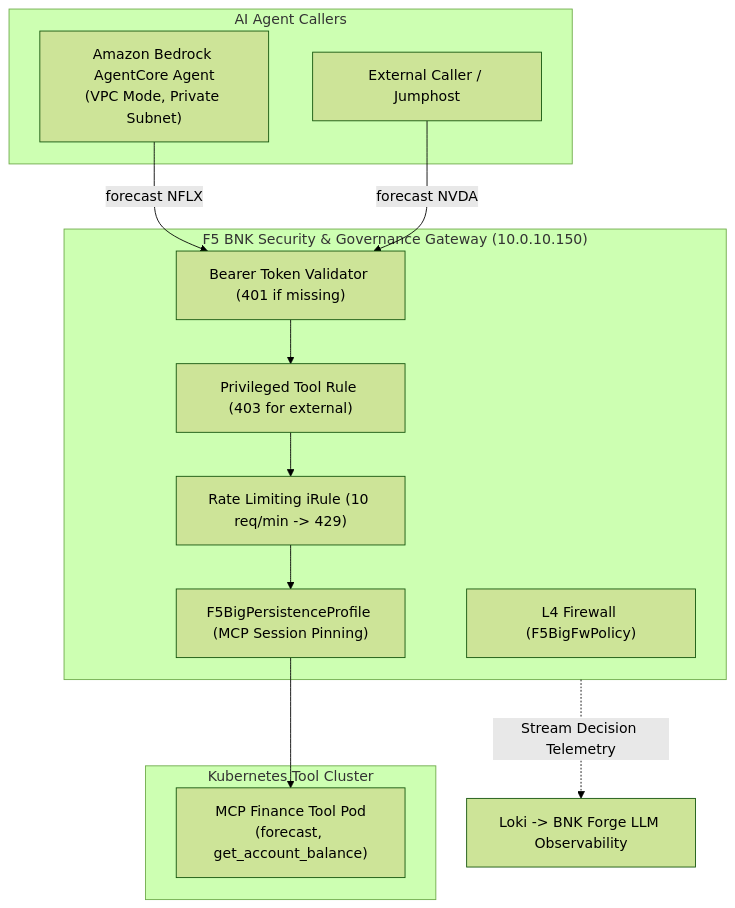
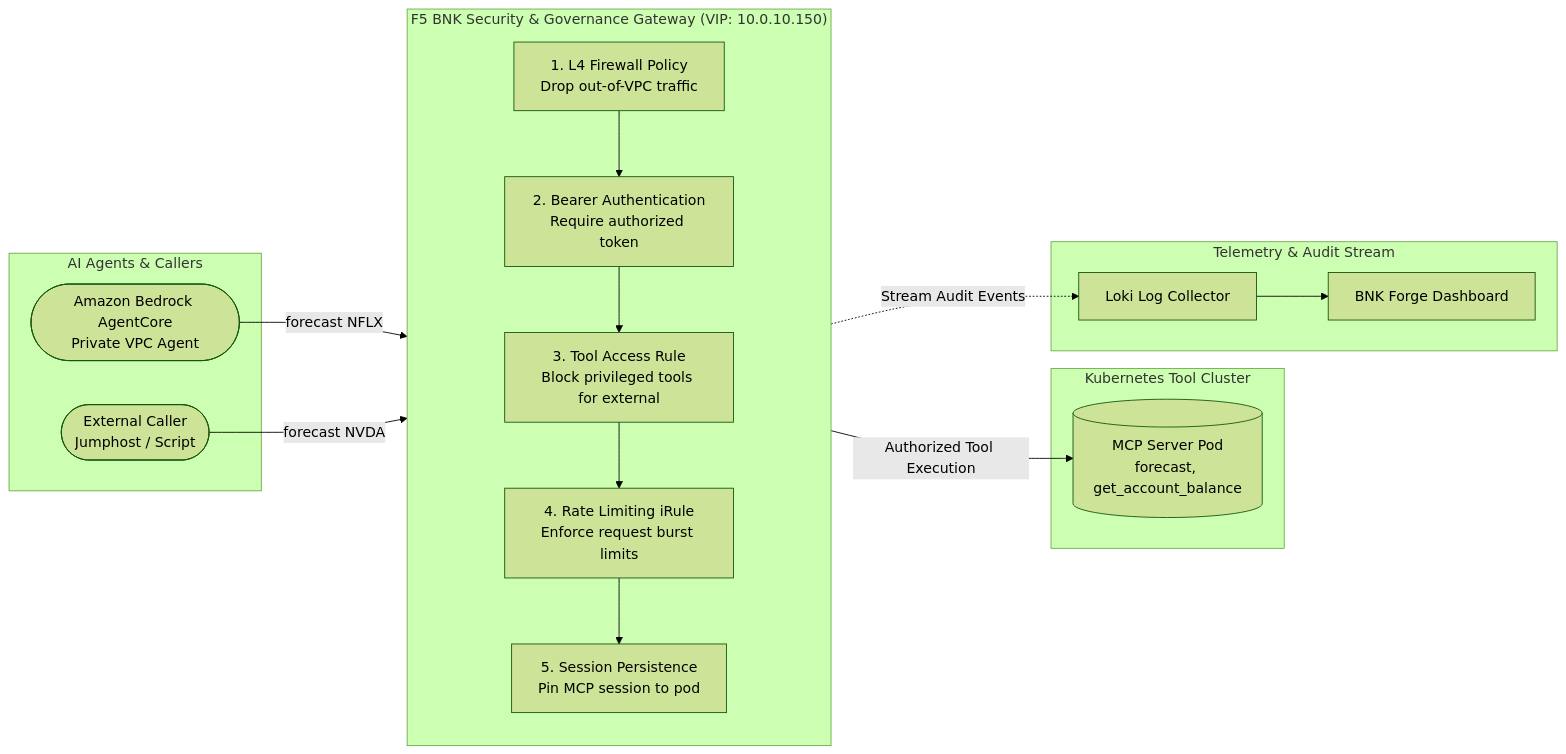
Before and after one commit to JLCode-tech/awsbnkctl: the fourth of 4 diagrams in README.md, drawn with Mermaid (forest theme). The commit also changed other lines of this file and 2 other files, not shown here.

Commit message:
docs: modernize diagrams and remove sales jargon

````diff
--- a/README.md
+++ b/README.md
@@ -254,24 +270,33 @@
 ```mermaid
-flowchart TD
-    subgraph Callers["AI Agent Callers"]
-        Agent["Amazon Bedrock AgentCore Agent<br/>(VPC Mode, Private Subnet)"]
-        ExtCaller["External Caller / Jumphost"]
+flowchart LR
+    subgraph Callers["AI Agents & Callers"]
+        Bedrock([Amazon Bedrock AgentCore<br/>Private VPC Agent])
+        ExtCaller([External Caller<br/>Jumphost / Script])
     end
 
-    subgraph Gateway["F5 BNK Security & Governance Gateway (10.0.10.150)"]
-        FW["L4 Firewall (F5BigFwPolicy)"]
-        Auth["Bearer Token Validator (401 if missing)"]
-        Rule["Privileged Tool Rule (403 for external)"]
-        Rate["Rate Limiting iRule (10 req/min -> 429)"]
-        Persist["F5BigPersistenceProfile (MCP Session Pinning)"]
+    subgraph Gateway["F5 BNK Security & Governance Gateway (VIP: 10.0.10.150)"]
+        direction TB
+        FW["1. L4 Firewall Policy<br/>Drop out-of-VPC traffic"]
+        Auth["2. Bearer Authentication<br/>Require authorized token"]
+        ToolGov["3. Tool Access Rule<br/>Block privileged tools for external"]
+        RateLimit["4. Rate Limiting iRule<br/>Enforce request burst limits"]
+        SessionPin["5. Session Persistence<br/>Pin MCP session to pod"]
+
+        FW --> Auth --> ToolGov --> RateLimit --> SessionPin
     end
 
-    subgraph Tool["Kubernetes Tool Cluster"]
-        MCP["MCP Finance Tool Pod<br/>(forecast, get_account_balance)"]
+    subgraph ToolBackend["Kubernetes Tool Cluster"]
+        MCPPod[("MCP Server Pod<br/>forecast, get_account_balance")]
     end
 
-    Agent -->|forecast NFLX| Auth
-    ExtCaller -->|forecast NVDA| Auth
-    Auth --> Rule --> Rate --> Persist --> MCP
-    Gateway -.->|Stream Decision Telemetry| Loki["Loki -> BNK Forge LLM Observability"]
+    subgraph Observability["Telemetry & Audit Stream"]
+        Loki["Loki Log Collector"]
+        Forge["BNK Forge Dashboard"]
+        Loki --> Forge
+    end
+
+    Bedrock -->|forecast NFLX| FW
+    ExtCaller -->|forecast NVDA| FW
+    SessionPin -->|Authorized Tool Execution| MCPPod
+    Gateway -.->|Stream Audit Events| Loki
 ```
````
